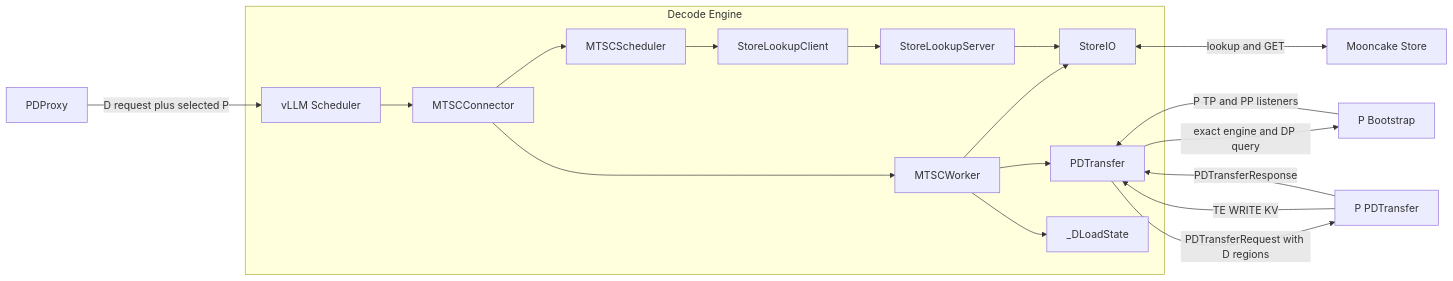
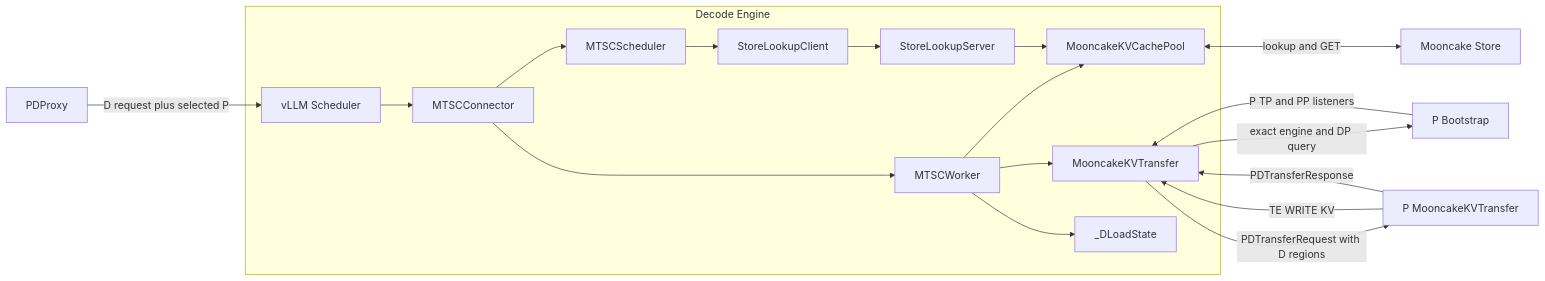
Before and after one commit to WangSu-X/MTSC: the first of 6 diagrams in docs/design/S03-decode设计.md, drawn with Mermaid. The commit also changed other lines of this file and 20 other files, not shown here.

Commit message:
refactor(mtsc): implement Mooncake KVCachePool and KVTransfer

````diff
--- a/docs/design/S03-decode设计.md
+++ b/docs/design/S03-decode设计.md
@@ -92,23 +92,23 @@
 ```mermaid
 flowchart LR
     X[PDProxy] -->|D request plus selected P| VS[vLLM Scheduler]
 
     subgraph D[Decode Engine]
         VS --> C[MTSCConnector]
         C --> S[MTSCScheduler]
         C --> W[MTSCWorker]
         S --> LC[StoreLookupClient]
-        W --> SI[StoreIO]
-        W --> PD[PDTransfer]
+        W --> SI[MooncakeKVCachePool]
+        W --> PD[MooncakeKVTransfer]
         LC --> LS[StoreLookupServer]
         LS --> SI
         W --> SM[_DLoadState]
     end
 
     SI <-->|lookup and GET| MS[Mooncake Store]
     PD -->|exact engine and DP query| B[P Bootstrap]
     B -->|P TP and PP listeners| PD
-    PD -->|PDTransferRequest with D regions| P[P PDTransfer]
+    PD -->|PDTransferRequest with D regions| P[P MooncakeKVTransfer]
     P -->|TE WRITE KV| PD
     P -->|PDTransferResponse| PD
 ```
````
